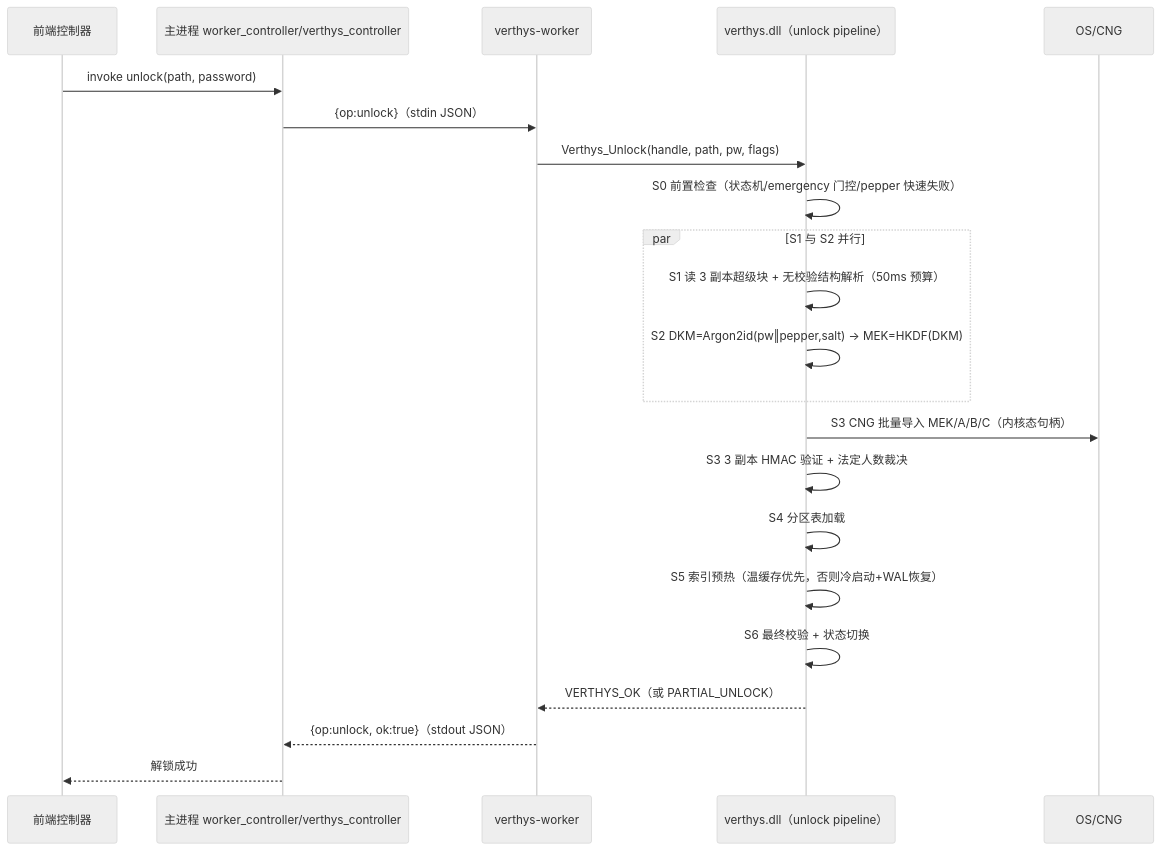
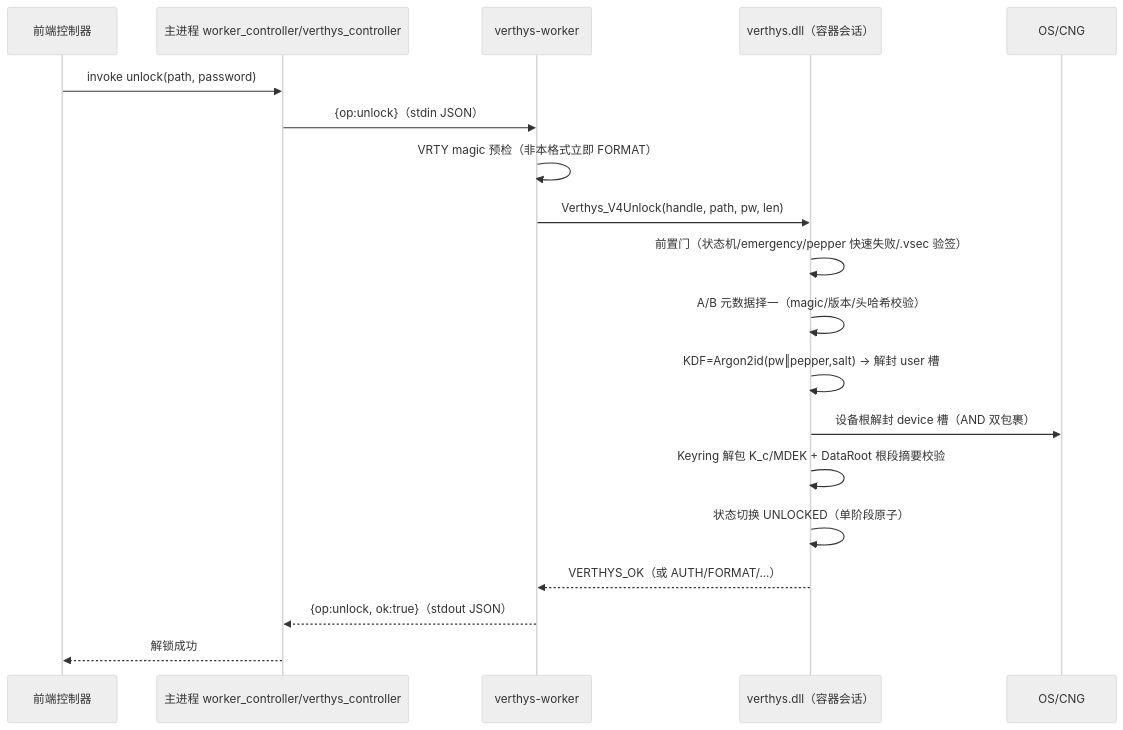
Before and after one commit to K1Super/Verthys: the second of 3 diagrams in docs/SECURITY_DESIGN.md, drawn with Mermaid (neutral theme). The commit also changed other lines of this file and 583 other files, not shown here.

````diff
--- a/docs/SECURITY_DESIGN.md
+++ b/docs/SECURITY_DESIGN.md
@@ -165,24 +166,21 @@
 ```mermaid
 sequenceDiagram
     participant FE as 前端控制器
     participant MAIN as 主进程 worker_controller/verthys_controller
     participant WK as verthys-worker
-    participant DLL as verthys.dll（unlock pipeline）
+    participant DLL as verthys.dll（容器会话）
     participant OS as OS/CNG
     FE->>MAIN: invoke unlock(path, password)
     MAIN->>WK: {op:unlock}（stdin JSON）
-    WK->>DLL: Verthys_Unlock(handle, path, pw, flags)
-    DLL->>DLL: S0 前置检查（状态机/emergency 门控/pepper 快速失败）
-    par S1 与 S2 并行
-        DLL->>DLL: S1 读 3 副本超级块 + 无校验结构解析（50ms 预算）
-        DLL->>DLL: S2 DKM=Argon2id(pw‖pepper,salt) → MEK=HKDF(DKM)
-    end
-    DLL->>OS: S3 CNG 批量导入 MEK/A/B/C（内核态句柄）
-    DLL->>DLL: S3 3 副本 HMAC 验证 + 法定人数裁决
-    DLL->>DLL: S4 分区表加载
-    DLL->>DLL: S5 索引预热（温缓存优先，否则冷启动+WAL恢复）
-    DLL->>DLL: S6 最终校验 + 状态切换
-    DLL-->>WK: VERTHYS_OK（或 PARTIAL_UNLOCK）
+    WK->>WK: VRTY magic 预检（非本格式立即 FORMAT）
+    WK->>DLL: Verthys_V4Unlock(handle, path, pw, len)
+    DLL->>DLL: 前置门（状态机/emergency/pepper 快速失败/.vsec 验签）
+    DLL->>DLL: A/B 元数据择一（magic/版本/头哈希校验）
+    DLL->>DLL: KDF=Argon2id(pw‖pepper,salt) → 解封 user 槽
+    DLL->>OS: 设备根解封 device 槽（AND 双包裹）
+    DLL->>DLL: Keyring 解包 K_c/MDEK + DataRoot 根段摘要校验
+    DLL->>DLL: 状态切换 UNLOCKED（单阶段原子）
+    DLL-->>WK: VERTHYS_OK（或 AUTH/FORMAT/...）
     WK-->>MAIN: {op:unlock, ok:true}（stdout JSON）
     MAIN-->>FE: 解锁成功
 ```
````
